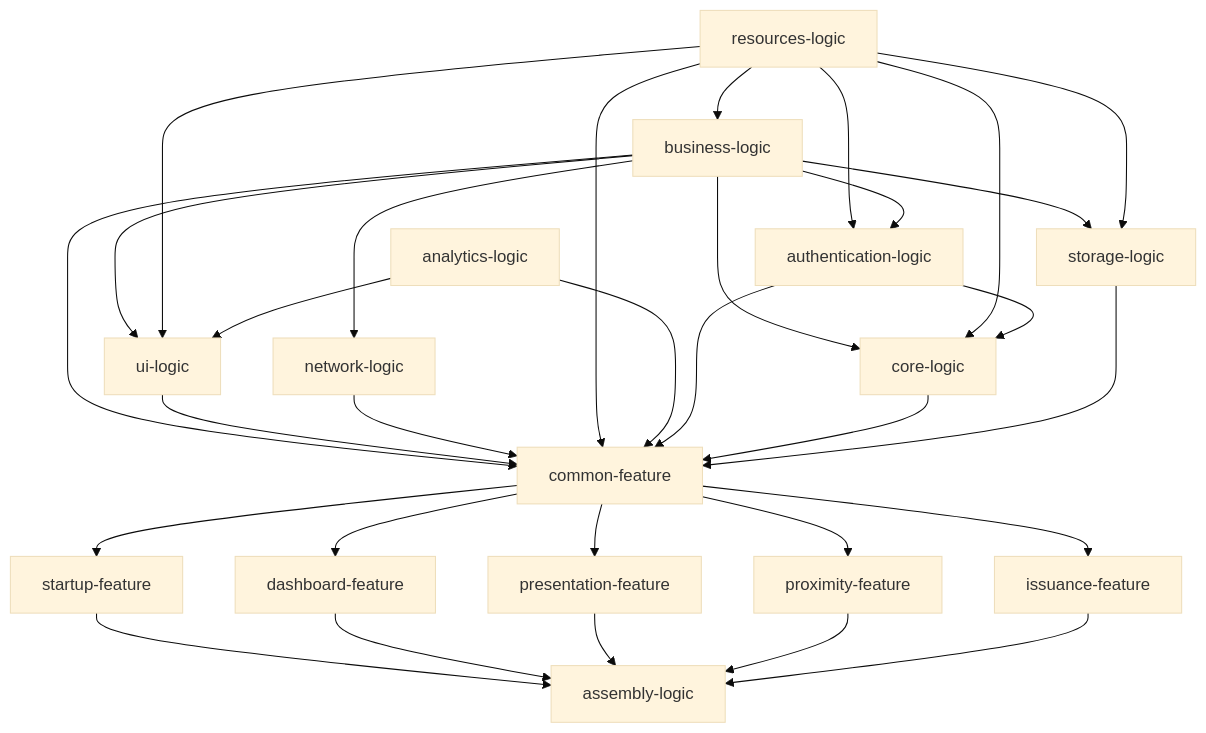
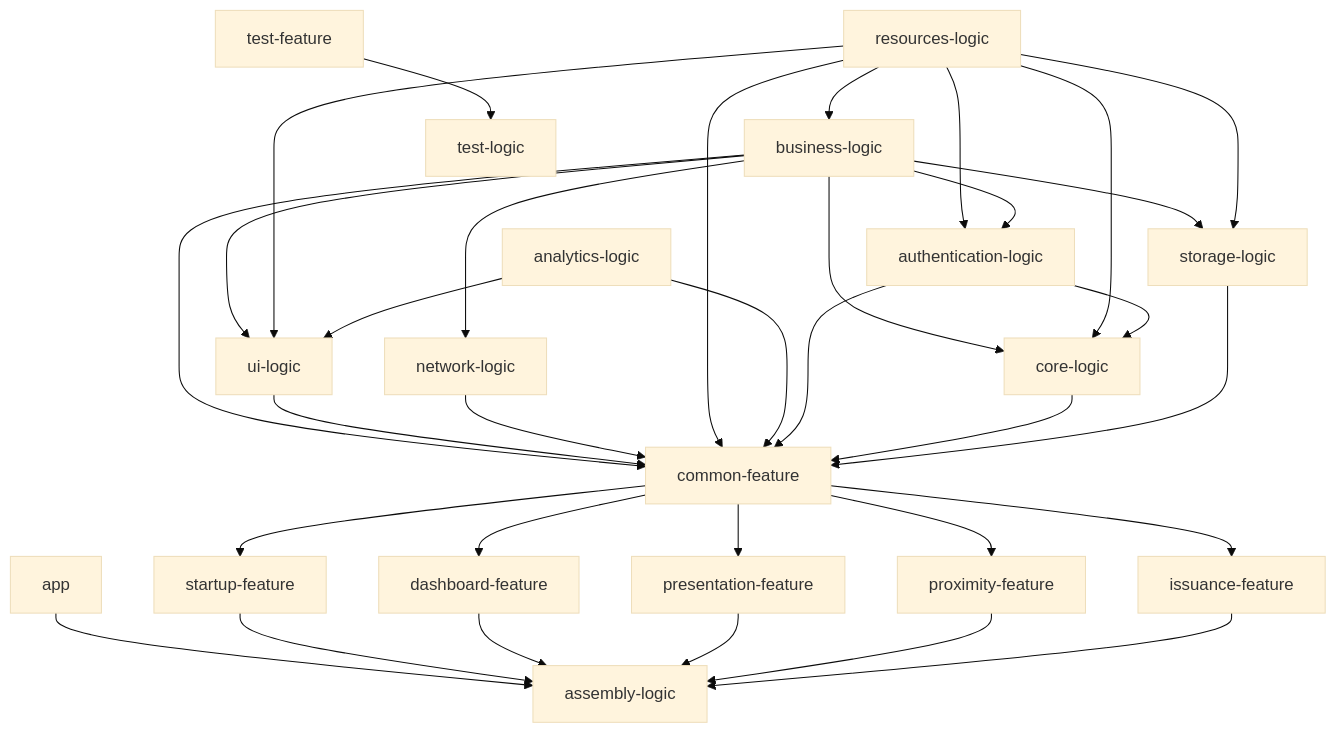
The diagram in README.md (eu-digital-identity-wallet/eudi-app-android-wallet-ui), drawn with Mermaid (base theme) before and after one commit. The commit also changed other lines of this file and 8 other files, not shown here.

````diff
--- a/README.md
+++ b/README.md
@@ -187,42 +220,46 @@
 ```mermaid
 graph TD;
+  app --> assembly-logic
+
   startup-feature --> assembly-logic
   dashboard-feature --> assembly-logic
   presentation-feature --> assembly-logic
   proximity-feature --> assembly-logic
   issuance-feature --> assembly-logic
 
   common-feature --> startup-feature
   common-feature --> dashboard-feature
   common-feature --> presentation-feature
   common-feature --> proximity-feature
   common-feature --> issuance-feature
 
   business-logic --> common-feature
   ui-logic --> common-feature
   network-logic --> common-feature
   resources-logic --> common-feature
   analytics-logic --> common-feature 
   authentication-logic --> common-feature 
   core-logic --> common-feature
   storage-logic --> common-feature 
 
   business-logic --> core-logic
   resources-logic --> core-logic
   authentication-logic --> core-logic
 
   business-logic --> ui-logic
   resources-logic --> ui-logic
   analytics-logic --> ui-logic
 
   business-logic --> network-logic
   
   business-logic --> storage-logic
 
   resources-logic --> storage-logic
 
   resources-logic --> business-logic
 
   resources-logic --> authentication-logic
   business-logic --> authentication-logic
+
+  test-feature --> test-logic
 ```
````
